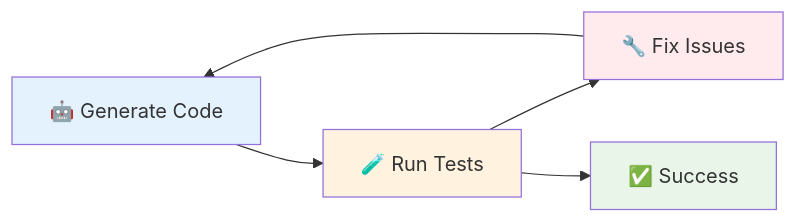
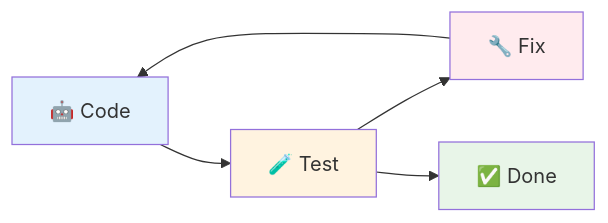
The diagram in content/ai/_index.md (brettinternet/slides), drawn with Mermaid before and after one commit. The commit also changed other lines of this file and 2 other files, not shown here.

Commit message:
fix env vars for publish

````diff
--- a/content/ai/_index.md
+++ b/content/ai/_index.md
@@ -134,13 +134,13 @@
 ```mermaid
 flowchart LR
-    Code[🤖 Generate Code] --> Test[🧪 Run Tests]
-    Test --> Fix[🔧 Fix Issues]
-    Fix --> Code
+    A[🤖 Code] --> B[🧪 Test]
+    B --> C[🔧 Fix]
+    C --> A
 
-    Test --> Done[✅ Success]
+    B --> D[✅ Done]
 
-    style Code fill:#e3f2fd
-    style Test fill:#fff3e0
-    style Fix fill:#ffebee
-    style Done fill:#e8f5e8
+    style A fill:#e3f2fd
+    style B fill:#fff3e0
+    style C fill:#ffebee
+    style D fill:#e8f5e8
 ```
````
